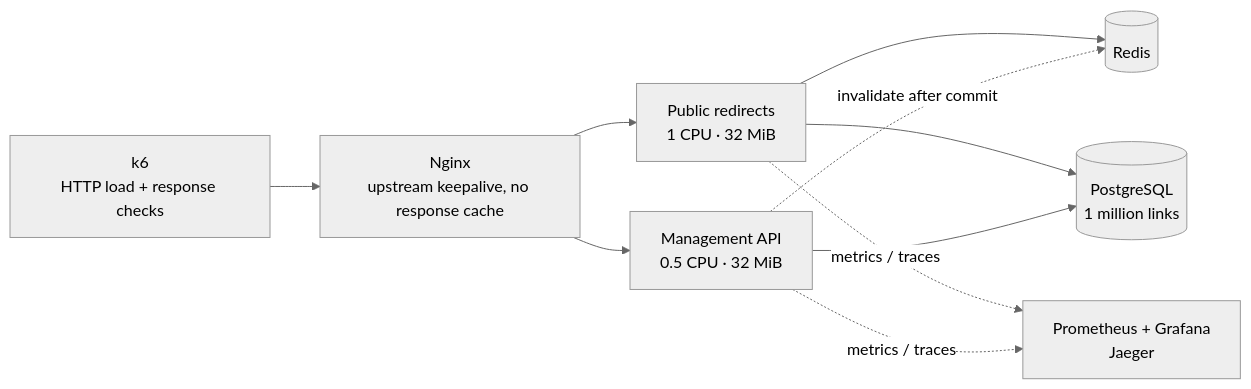
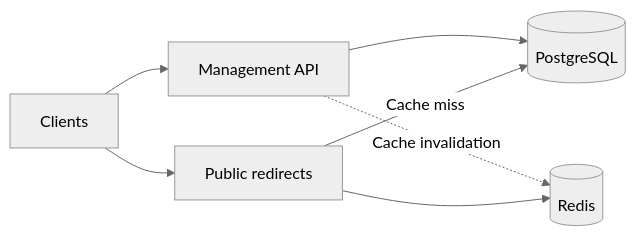
One commit to cristiano-pacheco/go-shortner changed the diagram in README.md. Above: the diagram before and after it, drawn with Mermaid (neutral theme). The commit also changed other lines of this file and 34 other files, not shown here.

````diff
--- a/README.md
+++ b/README.md
@@ -36,11 +69,9 @@
 ```mermaid
 flowchart LR
-    K["k6<br/>HTTP load + response checks"] --> N["Nginx<br/>upstream keepalive, no response cache"]
-    N --> P["Public redirects<br/>1 CPU · 32 MiB"]
-    N --> M["Management API<br/>0.5 CPU · 32 MiB"]
-    P --> R[("Redis")]
-    P --> D[("PostgreSQL<br/>1 million links")]
-    M --> D
-    M -. "invalidate after commit" .-> R
-    P & M -. "metrics / traces" .-> O["Prometheus + Grafana<br/>Jaeger"]
+    C[Clients] --> M[Management API]
+    C --> P[Public redirects]
+    M --> DB[(PostgreSQL)]
+    M -. Cache invalidation .-> R[(Redis)]
+    P --> R
+    P -- Cache miss --> DB
 ```
````
